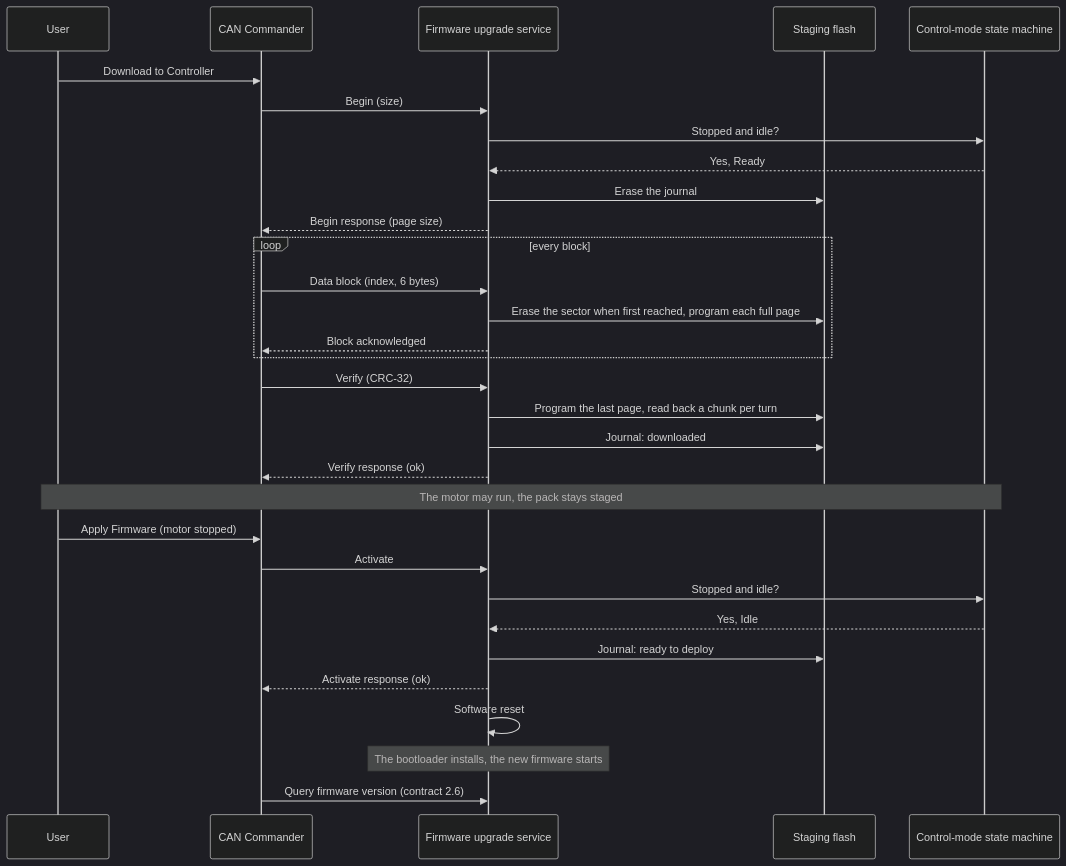
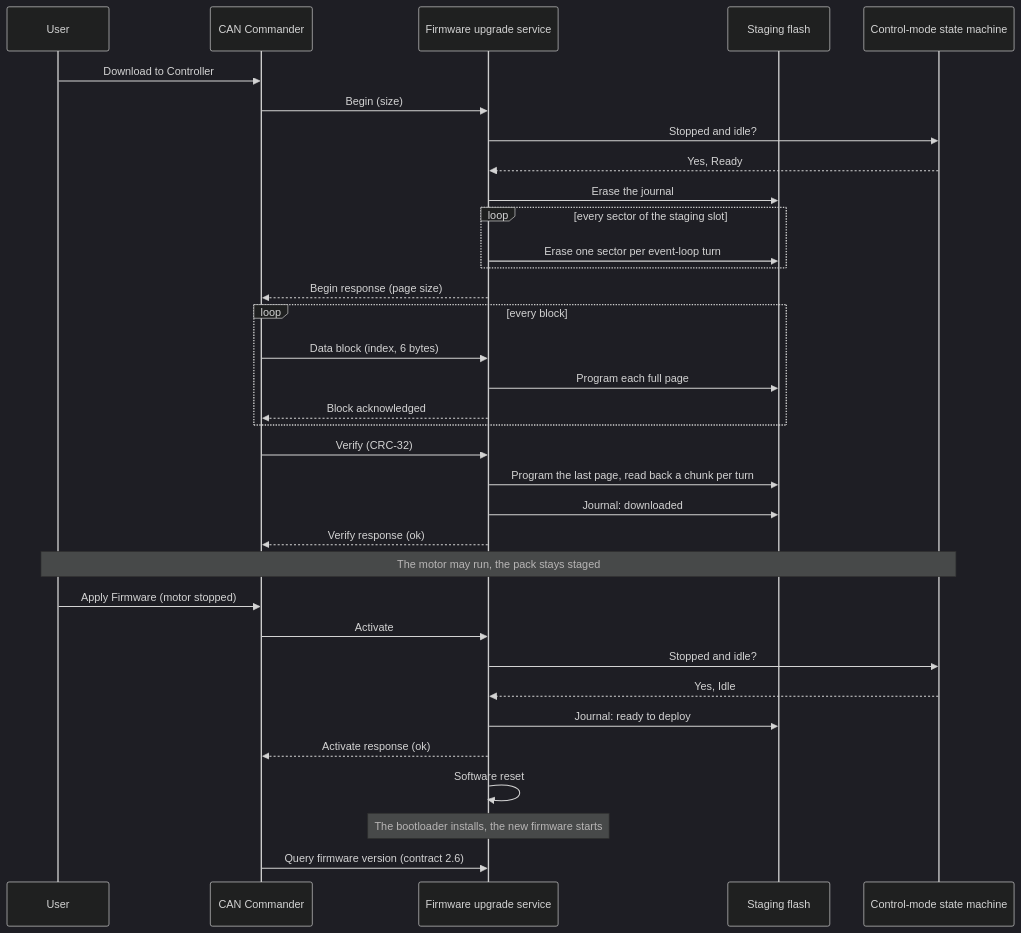
The second of 3 diagrams in documentation/design/service-firmware-upgrade.md (embedded-pro/e-foc), drawn with Mermaid (dark theme) before and after one commit. The commit also changed other lines of this file and 3 other files, not shown here.

First line of the commit message:
docs: 256 KB slots, and the staging slot erased before a download

````diff
--- a/documentation/design/service-firmware-upgrade.md
+++ b/documentation/design/service-firmware-upgrade.md
@@ -302,33 +313,36 @@
 ```mermaid
 sequenceDiagram
     participant User
     participant Client as CAN Commander
     participant Service as Firmware upgrade service
     participant Staging as Staging flash
     participant Drive as Control-mode state machine
     User->>Client: Download to Controller
     Client->>Service: Begin (size)
     Service->>Drive: Stopped and idle?
     Drive-->>Service: Yes, Ready
     Service->>Staging: Erase the journal
+    loop every sector of the staging slot
+        Service->>Staging: Erase one sector per event-loop turn
+    end
     Service-->>Client: Begin response (page size)
     loop every block
         Client->>Service: Data block (index, 6 bytes)
-        Service->>Staging: Erase the sector when first reached, program each full page
+        Service->>Staging: Program each full page
         Service-->>Client: Block acknowledged
     end
     Client->>Service: Verify (CRC-32)
     Service->>Staging: Program the last page, read back a chunk per turn
     Service->>Staging: Journal: downloaded
     Service-->>Client: Verify response (ok)
     Note over User,Drive: The motor may run, the pack stays staged
     User->>Client: Apply Firmware (motor stopped)
     Client->>Service: Activate
     Service->>Drive: Stopped and idle?
     Drive-->>Service: Yes, Idle
     Service->>Staging: Journal: ready to deploy
     Service-->>Client: Activate response (ok)
     Service->>Service: Software reset
     Note over Service: The bootloader installs, the new firmware starts
     Client->>Service: Query firmware version (contract 2.6)
 ```
````
